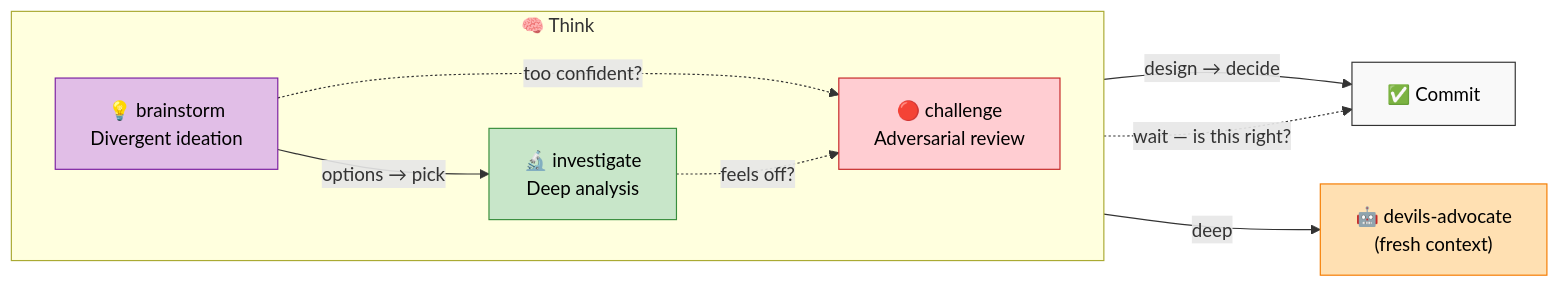
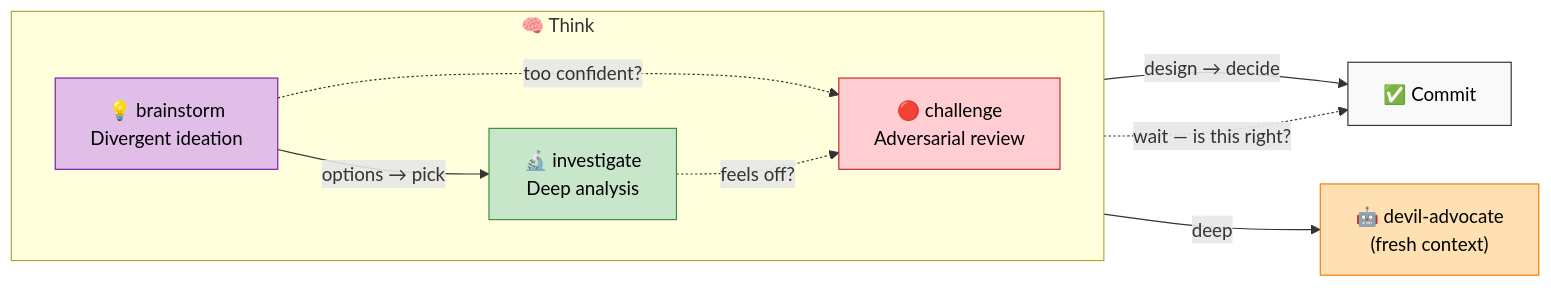
Before and after one commit to digital-stoic-org/agent-skills: the fourth of 10 diagrams in README-full.md, drawn with Mermaid. The commit also changed other lines of this file and 8 other files, not shown here.

First line of the commit message:
feat(agent-skills): Challenge skill transparency + devil-advocate comprehensive rewrite; bump v0.17.4

````diff
--- a/README-full.md
+++ b/README-full.md
@@ -96,29 +96,29 @@
 ```mermaid
 flowchart LR
     subgraph THINK["🧠 Think"]
         direction LR
         B["💡 brainstorm<br/>Divergent ideation"]
         I["🔬 investigate<br/>Deep analysis"]
         C["🔴 challenge<br/>Adversarial review"]
     end
 
     B -->|"options → pick"| I
     I -->|"design → decide"| COMMIT["✅ Commit"]
     C -.->|"wait — is this right?"| COMMIT
 
     B -.->|"too confident?"| C
     I -.->|"feels off?"| C
-    C -->|"deep"| DA["🤖 devils-advocate<br/>(fresh context)"]
+    C -->|"deep"| DA["🤖 devil-advocate<br/>(fresh context)"]
 
     classDef generative fill:#E1BEE7,stroke:#7B1FA2,color:#000
     classDef analytical fill:#C8E6C9,stroke:#388E3C,color:#000
     classDef adversarial fill:#FFCDD2,stroke:#C62828,color:#000
     classDef agent fill:#FFE0B2,stroke:#F57C00,color:#000
     classDef output fill:#f9f9f9,stroke:#333,color:#000
 
     class B generative
     class I analytical
     class C adversarial
     class DA agent
     class COMMIT output
 ```
````
